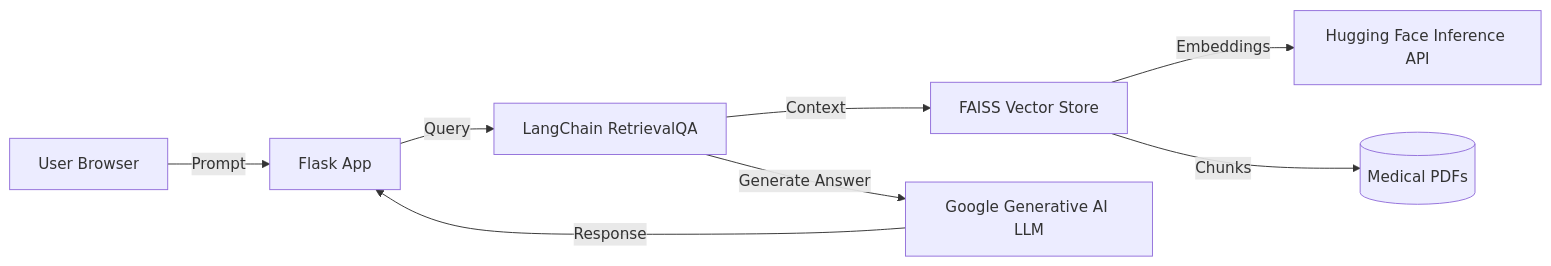
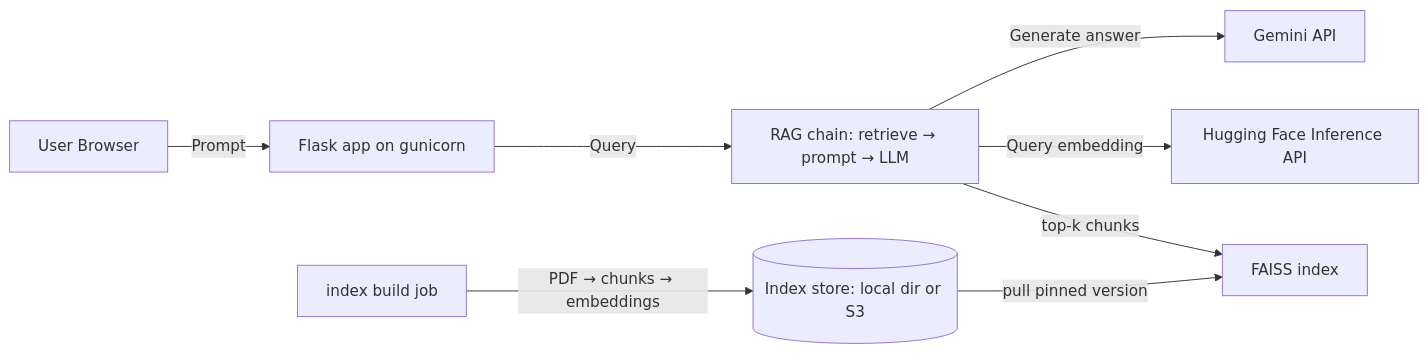
Before and after one commit to biabeogo147/Medical-RAG-Chatbot: the diagram in README.md, drawn with Mermaid. The commit also changed other lines of this file and 58 other files, not shown here.

````diff
--- a/README.md
+++ b/README.md
@@ -15,10 +15,10 @@
 ```mermaid
 flowchart LR
-    A[User Browser] -->|Prompt| B[Flask App]
-    B -->|Query| C[LangChain RetrievalQA]
-    C -->|Context| D[FAISS Vector Store]
-    D -->|Embeddings| E[Hugging Face Inference API]
-    D -->|Chunks| F[(Medical PDFs)]
-    C -->|Generate Answer| G[Google Generative AI LLM]
-    G -->|Response| B
+    A[User Browser] -->|Prompt| B[Flask app on gunicorn]
+    B -->|Query| C[RAG chain: retrieve → prompt → LLM]
+    C -->|top-k chunks| D[FAISS index]
+    C -->|Query embedding| E[Hugging Face Inference API]
+    C -->|Generate answer| G[Gemini API]
+    J[index build job] -->|PDF → chunks → embeddings| S[(Index store: local dir or S3)]
+    S -->|pull pinned version| D
 ```
````
